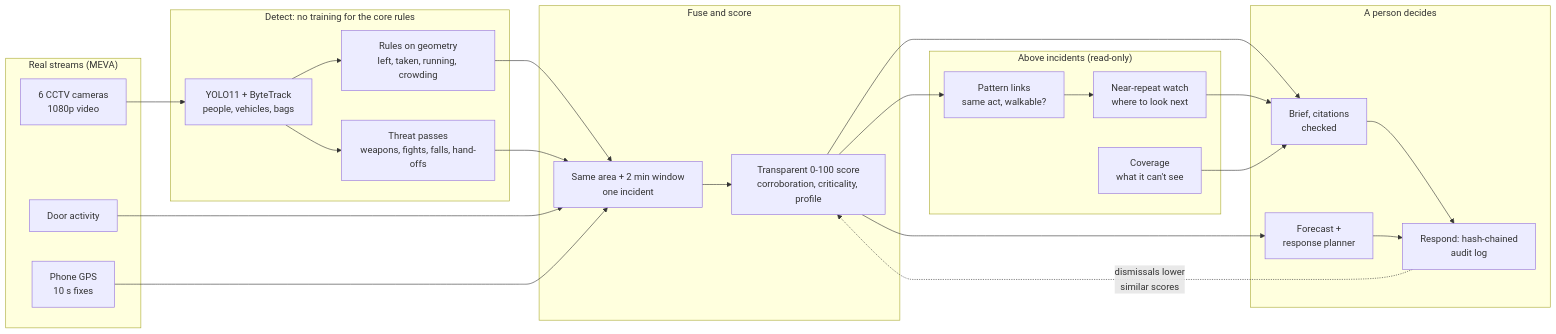
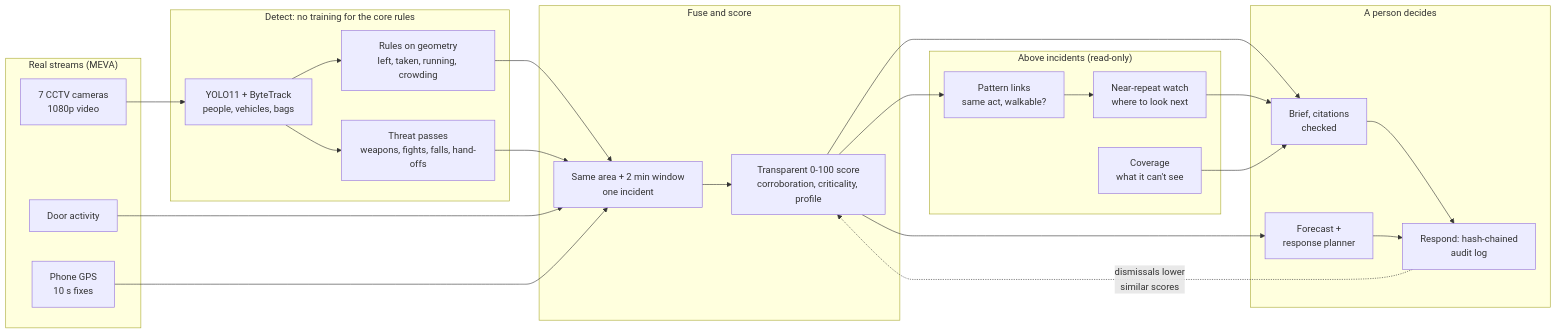
Before and after one commit to Argonyx-26/T14_Lordofpings: the diagram in README.md, drawn with Mermaid. The commit also changed other lines of this file and 18 other files, not shown here.

````diff
--- a/README.md
+++ b/README.md
@@ -107,36 +107,36 @@
 ```mermaid
 flowchart LR
   subgraph Streams["Real streams (MEVA)"]
-    V["6 CCTV cameras<br/>1080p video"]
+    V["7 CCTV cameras<br/>1080p video"]
     D["Door activity"]
     G["Phone GPS<br/>10 s fixes"]
   end
   subgraph Detect["Detect: no training for the core rules"]
     Y["YOLO11 + ByteTrack<br/>people, vehicles, bags"]
     R["Rules on geometry<br/>left, taken, running, crowding"]
     T["Threat passes<br/>weapons, fights, falls, hand-offs"]
   end
   subgraph Fuse["Fuse and score"]
     F["Same area + 2 min window<br/>one incident"]
     S["Transparent 0-100 score<br/>corroboration, criticality, profile"]
   end
   subgraph Intel["Above incidents (read-only)"]
     PL["Pattern links<br/>same act, walkable?"]
     NR["Near-repeat watch<br/>where to look next"]
     CV["Coverage<br/>what it can't see"]
   end
   subgraph Human["A person decides"]
     B["Brief, citations<br/>checked"]
     P["Forecast +<br/>response planner"]
     A["Respond: hash-chained<br/>audit log"]
   end
   V --> Y --> R --> F
   Y --> T --> F
   D --> F
   G --> F
   F --> S --> B --> A
   S --> P --> A
   A -. "dismissals lower<br/>similar scores" .-> S
   S --> PL --> NR --> B
   CV --> B
 ```
````
